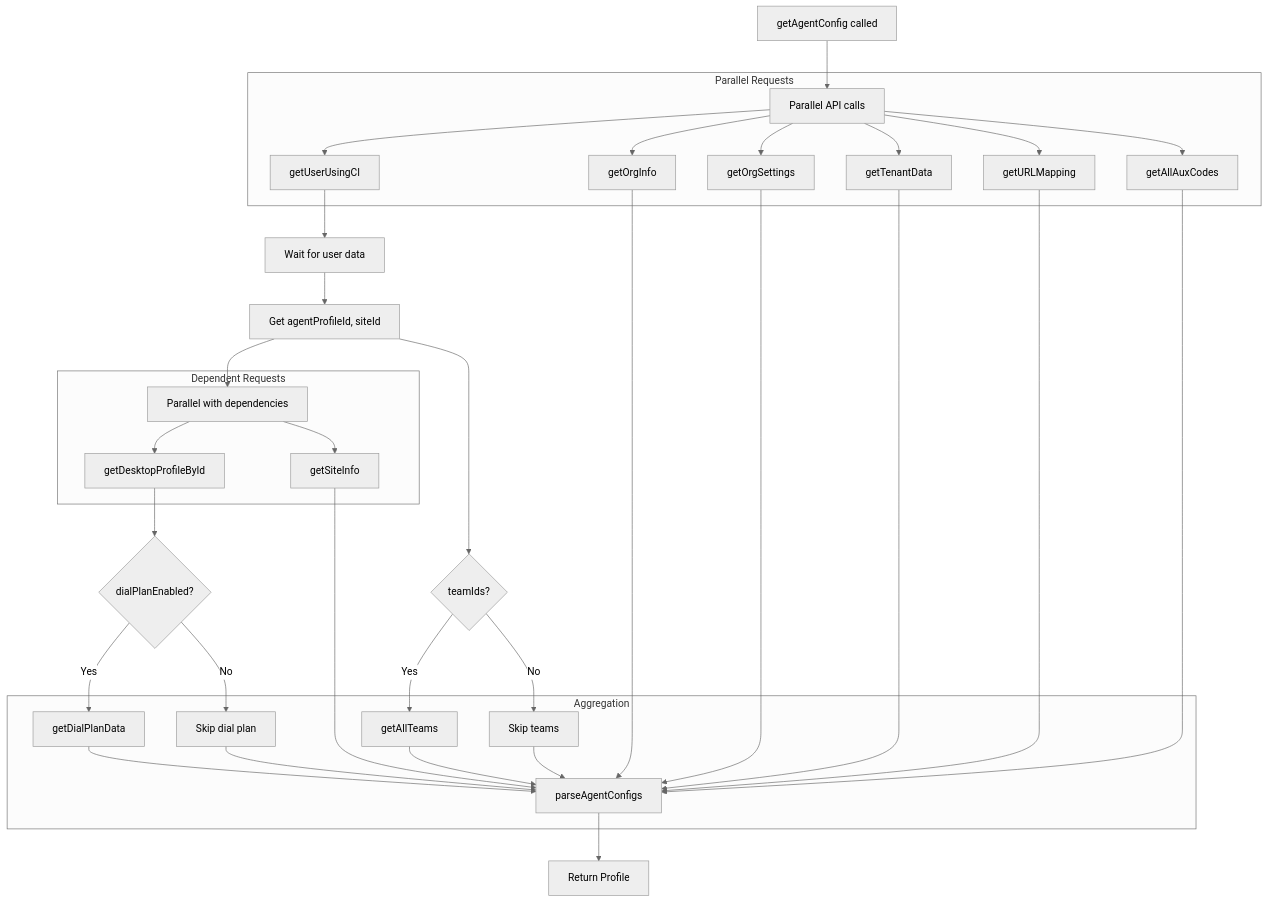
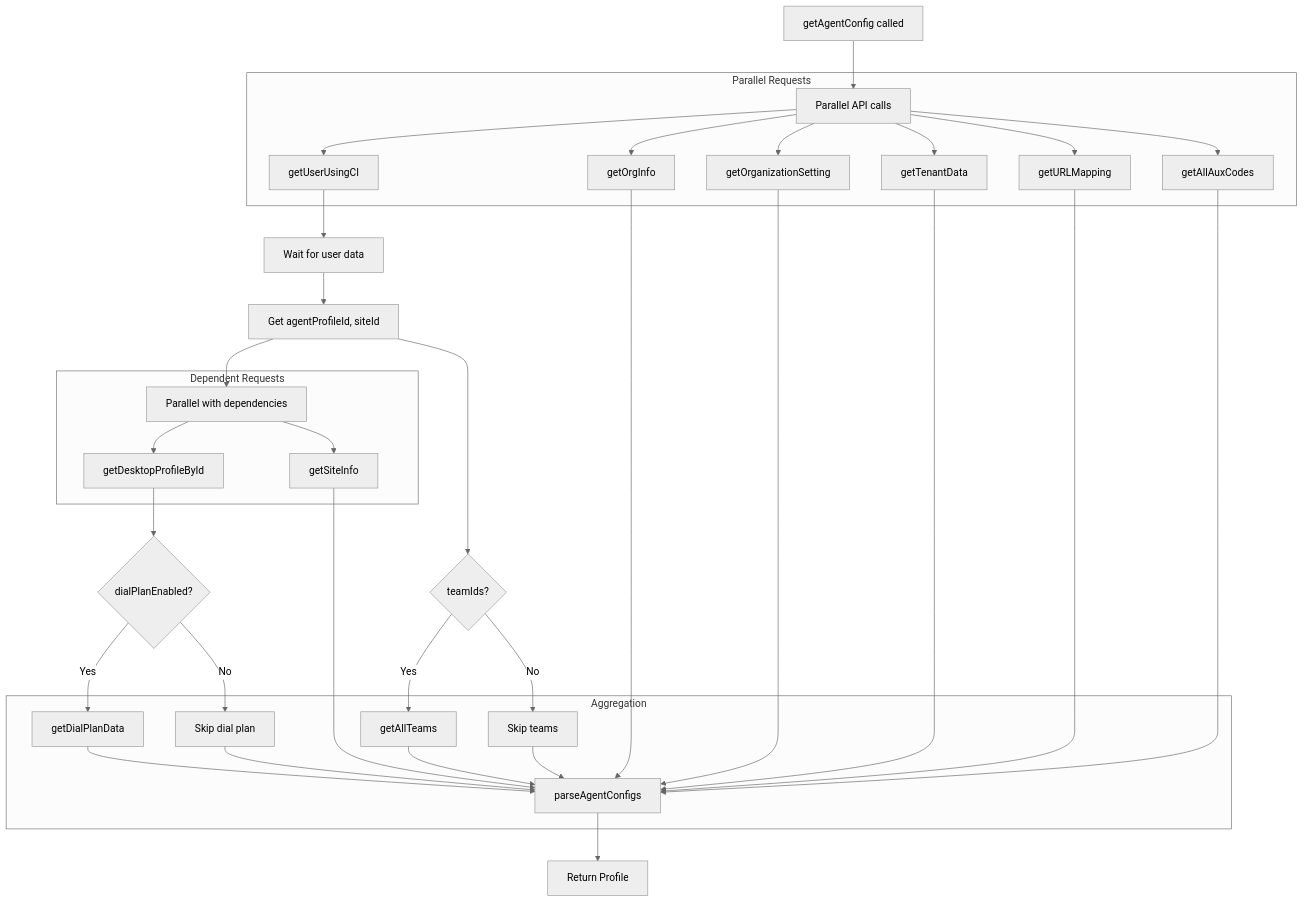
The first of 2 diagrams in packages/@webex/contact-center/src/services/config/ai-docs/ARCHITECTURE.md (webex/webex-js-sdk), drawn with Mermaid (neutral theme) before and after one commit. The commit also changed other lines of this file and 1 other file, not shown here.

````diff
--- a/packages/@webex/contact-center/src/services/config/ai-docs/ARCHITECTURE.md
+++ b/packages/@webex/contact-center/src/services/config/ai-docs/ARCHITECTURE.md
@@ -22,45 +22,45 @@
 ```mermaid
 flowchart TD
     A[getAgentConfig called] --> B[Parallel API calls]
     
     subgraph parallel [Parallel Requests]
         B --> C1[getUserUsingCI]
         B --> C2[getOrgInfo]
-        B --> C3[getOrgSettings]
+        B --> C3[getOrganizationSetting]
         B --> C4[getTenantData]
         B --> C5[getURLMapping]
         B --> C6[getAllAuxCodes]
     end
     
     C1 --> D[Wait for user data]
     D --> E[Get agentProfileId, siteId]
     
     E --> F[Parallel with dependencies]
     subgraph dependent [Dependent Requests]
         F --> G1[getDesktopProfileById]
         F --> G2[getSiteInfo]
     end
     
     G1 --> H{dialPlanEnabled?}
     H -->|Yes| I[getDialPlanData]
     H -->|No| J[Skip dial plan]
 
     E --> K{teamIds?}
     K -->|Yes| L[getAllTeams]
     K -->|No| N1[Skip teams]
 
     subgraph aggregate [Aggregation]
         I --> M[parseAgentConfigs]
         J --> M
         L --> M
         N1 --> M
         C2 --> M
         C3 --> M
         C4 --> M
         C5 --> M
         C6 --> M
         G2 --> M
     end
     
     M --> N[Return Profile]
 ```
````
